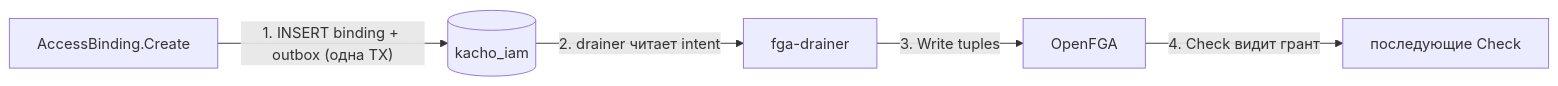
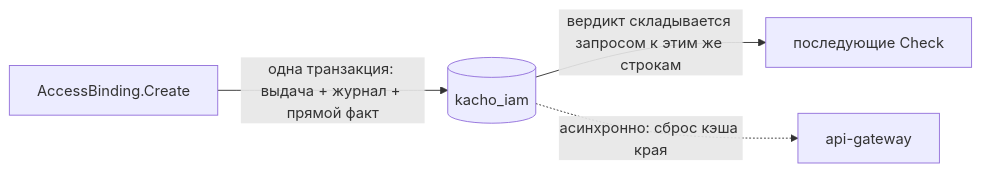
Before and after one commit to PRO-Robotech/kacho: the second of 2 diagrams in services/iam/docs/content/architecture/authz.mdx, drawn with Mermaid. The commit also changed other lines of this file and 589 other files, not shown here.

First line of the commit message:
feat(iam)!: вердикт о доступе вычисляет только своя база

````diff
--- a/services/iam/docs/content/architecture/authz.mdx
+++ b/services/iam/docs/content/architecture/authz.mdx
@@ -182,7 +187,6 @@
 ```mermaid
 flowchart LR
-  ab["AccessBinding.Create"] -->|"1. INSERT binding + outbox (одна TX)"| pg[("kacho_iam")]
-  pg -->|"2. drainer читает intent"| dr["fga-drainer"]
-  dr -->|"3. Write tuples"| fga["OpenFGA"]
-  fga -->|"4. Check видит грант"| check["последующие Check"]
+  ab["AccessBinding.Create"] -->|"одна транзакция: выдача + журнал + прямой факт"| pg[("kacho_iam")]
+  pg -->|"вердикт складывается запросом к этим же строкам"| check["последующие Check"]
+  pg -.->|"асинхронно: сброс кэша края"| gw["api-gateway"]
 ```
````
